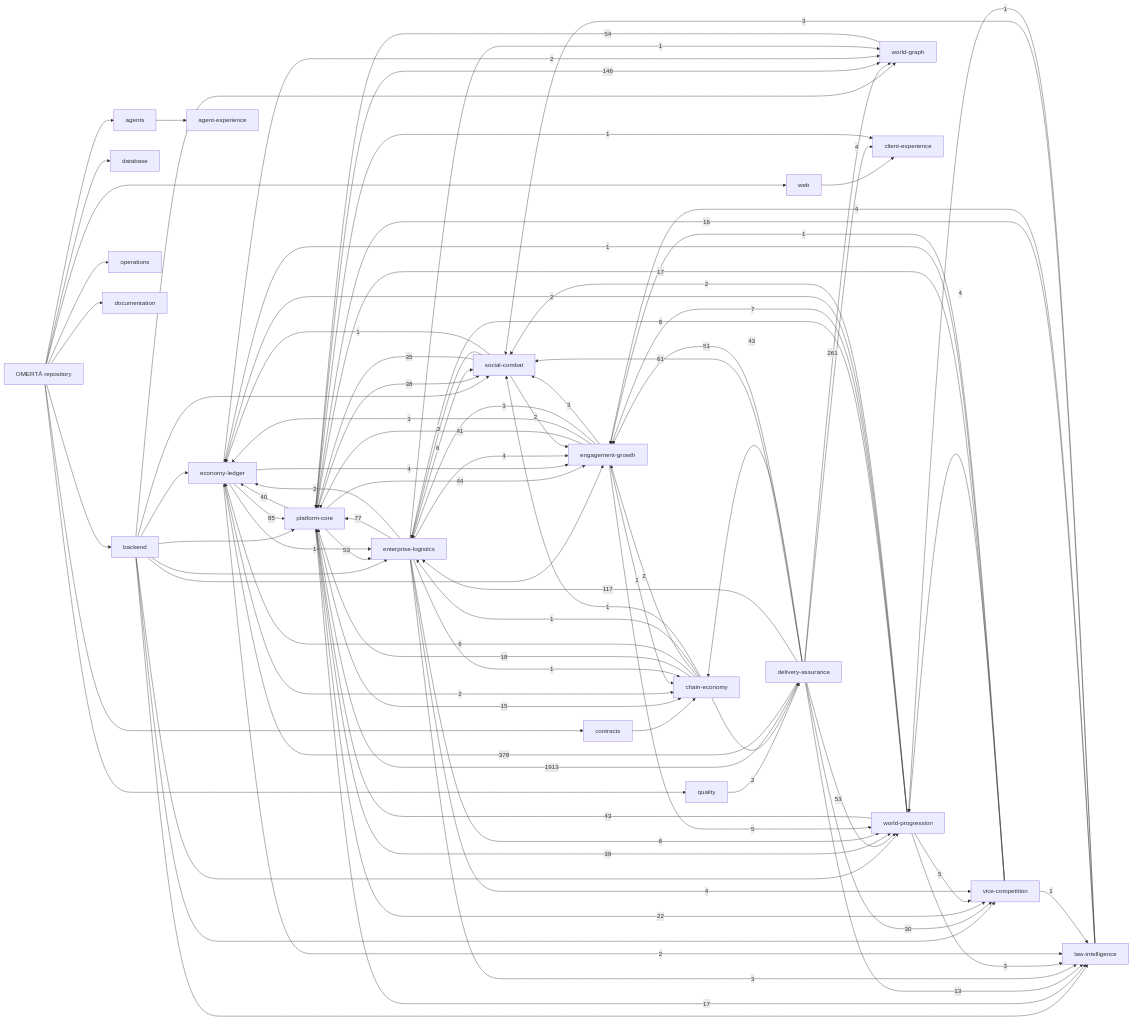
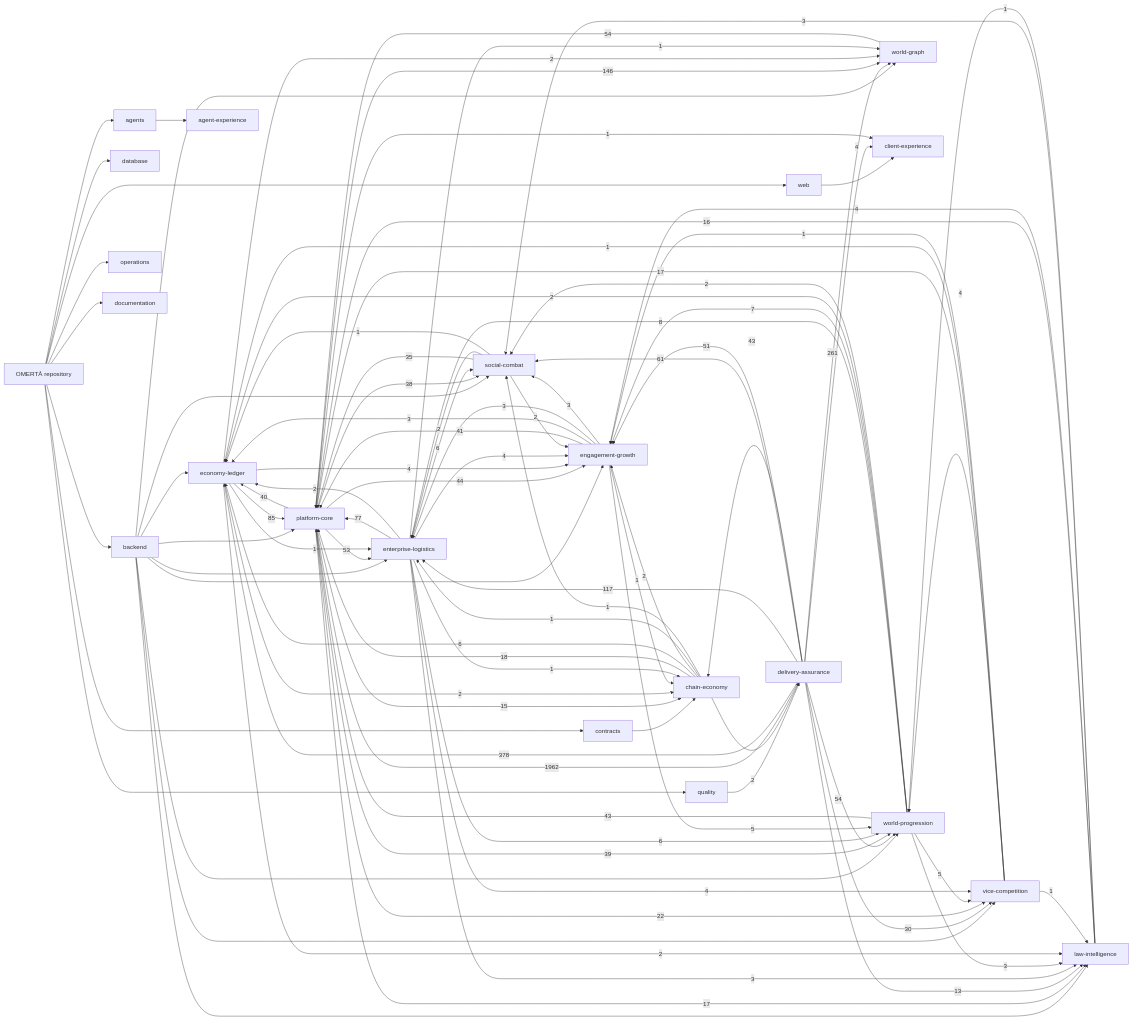
Before and after one commit to OmertaDev/Omerta: the diagram in knowledge/generated/graph.mmd, drawn with Mermaid. The commit also changed 8 other files, not shown here.

```diff
--- a/knowledge/generated/graph.mmd
+++ b/knowledge/generated/graph.mmd
@@ -1,113 +1,113 @@
 flowchart LR
   repo["OMERTÀ repository"]
   sub_backend["backend"]
   repo --> sub_backend
   sub_database["database"]
   repo --> sub_database
   sub_web["web"]
   repo --> sub_web
   sub_contracts["contracts"]
   repo --> sub_contracts
   sub_agents["agents"]
   repo --> sub_agents
   sub_quality["quality"]
   repo --> sub_quality
   sub_operations["operations"]
   repo --> sub_operations
   sub_documentation["documentation"]
   repo --> sub_documentation
   dom_platform-core["platform-core"]
   dom_economy-ledger["economy-ledger"]
   dom_social-combat["social-combat"]
   dom_world-progression["world-progression"]
   dom_world-graph["world-graph"]
   dom_enterprise-logistics["enterprise-logistics"]
   dom_vice-competition["vice-competition"]
   dom_law-intelligence["law-intelligence"]
   dom_chain-economy["chain-economy"]
   dom_engagement-growth["engagement-growth"]
   dom_client-experience["client-experience"]
   dom_agent-experience["agent-experience"]
   dom_delivery-assurance["delivery-assurance"]
   sub_agents --> dom_agent-experience
   sub_backend --> dom_economy-ledger
   sub_backend --> dom_engagement-growth
   sub_backend --> dom_enterprise-logistics
   sub_backend --> dom_law-intelligence
   sub_backend --> dom_platform-core
   sub_backend --> dom_social-combat
   sub_backend --> dom_vice-competition
   sub_backend --> dom_world-graph
   sub_backend --> dom_world-progression
   sub_contracts --> dom_chain-economy
   sub_quality --> dom_delivery-assurance
   sub_web --> dom_client-experience
-  dom_delivery-assurance -->|1913| dom_platform-core
+  dom_delivery-assurance -->|1962| dom_platform-core
   dom_delivery-assurance -->|378| dom_economy-ledger
   dom_delivery-assurance -->|261| dom_world-graph
   dom_platform-core -->|146| dom_world-graph
   dom_delivery-assurance -->|117| dom_enterprise-logistics
   dom_economy-ledger -->|85| dom_platform-core
   dom_enterprise-logistics -->|77| dom_platform-core
   dom_delivery-assurance -->|61| dom_social-combat
+  dom_delivery-assurance -->|54| dom_world-progression
   dom_world-graph -->|54| dom_platform-core
-  dom_delivery-assurance -->|53| dom_world-progression
   dom_platform-core -->|53| dom_enterprise-logistics
   dom_delivery-assurance -->|51| dom_engagement-growth
   dom_platform-core -->|44| dom_engagement-growth
   dom_delivery-assurance -->|43| dom_chain-economy
   dom_world-progression -->|43| dom_platform-core
   dom_engagement-growth -->|41| dom_platform-core
   dom_platform-core -->|40| dom_economy-ledger
   dom_platform-core -->|39| dom_world-progression
   dom_platform-core -->|38| dom_social-combat
   dom_social-combat -->|35| dom_platform-core
   dom_delivery-assurance -->|30| dom_vice-competition
   dom_platform-core -->|22| dom_vice-competition
   dom_chain-economy -->|18| dom_platform-core
   dom_platform-core -->|17| dom_law-intelligence
   dom_vice-competition -->|17| dom_platform-core
   dom_law-intelligence -->|16| dom_platform-core
   dom_platform-core -->|15| dom_chain-economy
   dom_delivery-assurance -->|13| dom_law-intelligence
   dom_world-progression -->|8| dom_enterprise-logistics
   dom_world-progression -->|7| dom_engagement-growth
   dom_chain-economy -->|6| dom_economy-ledger
   dom_enterprise-logistics -->|6| dom_social-combat
   dom_enterprise-logistics -->|6| dom_world-progression
   dom_engagement-growth -->|5| dom_world-progression
   dom_world-progression -->|5| dom_vice-competition
   dom_delivery-assurance -->|4| dom_client-experience
   dom_economy-ledger -->|4| dom_engagement-growth
   dom_enterprise-logistics -->|4| dom_engagement-growth
   dom_enterprise-logistics -->|4| dom_vice-competition
   dom_law-intelligence -->|4| dom_engagement-growth
   dom_vice-competition -->|4| dom_world-progression
   dom_engagement-growth -->|3| dom_economy-ledger
   dom_engagement-growth -->|3| dom_enterprise-logistics
   dom_engagement-growth -->|3| dom_social-combat
   dom_enterprise-logistics -->|3| dom_law-intelligence
   dom_law-intelligence -->|3| dom_social-combat
   dom_world-progression -->|3| dom_law-intelligence
   dom_chain-economy -->|2| dom_delivery-assurance
   dom_chain-economy -->|2| dom_engagement-growth
   dom_economy-ledger -->|2| dom_chain-economy
   dom_economy-ledger -->|2| dom_law-intelligence
   dom_economy-ledger -->|2| dom_world-graph
   dom_enterprise-logistics -->|2| dom_economy-ledger
   dom_social-combat -->|2| dom_engagement-growth
   dom_social-combat -->|2| dom_enterprise-logistics
   dom_world-progression -->|2| dom_economy-ledger
   dom_world-progression -->|2| dom_social-combat
   dom_chain-economy -->|1| dom_enterprise-logistics
   dom_chain-economy -->|1| dom_social-combat
   dom_economy-ledger -->|1| dom_enterprise-logistics
   dom_engagement-growth -->|1| dom_chain-economy
   dom_enterprise-logistics -->|1| dom_chain-economy
   dom_enterprise-logistics -->|1| dom_world-graph
   dom_law-intelligence -->|1| dom_world-progression
   dom_platform-core -->|1| dom_client-experience
   dom_social-combat -->|1| dom_economy-ledger
   dom_vice-competition -->|1| dom_economy-ledger
   dom_vice-competition -->|1| dom_engagement-growth
   dom_vice-competition -->|1| dom_law-intelligence
```
